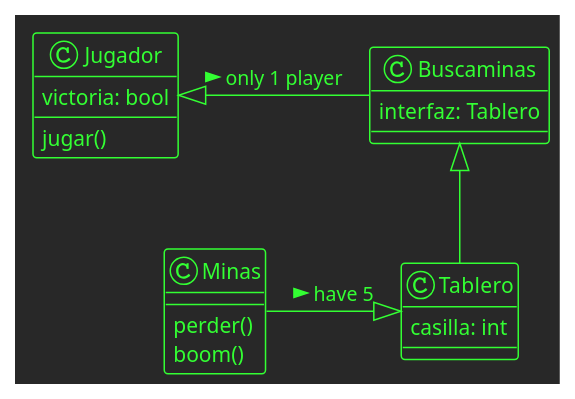
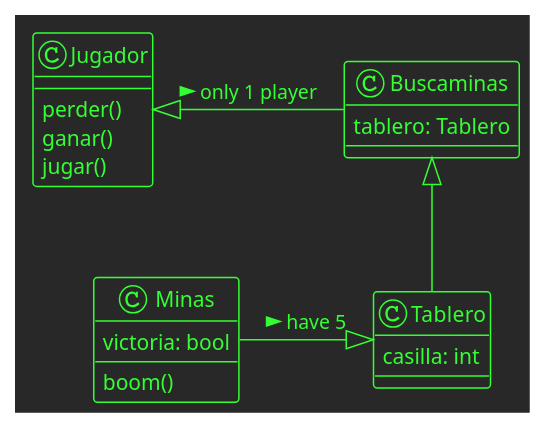
The diagram in MyUML.puml (AbelardoOchoa/FirstExamOOP), drawn with PlantUML before and after one commit. The commit also changed 4 other files, not shown here.

```diff
--- a/MyUML.puml
+++ b/MyUML.puml
@@ -1,20 +1,21 @@
 @startuml OOP
 !theme crt-green
 class Buscaminas{
-interfaz: Tablero
+tablero: Tablero
 }
 class Tablero{
 casilla: int 
 }
 class Minas{
-perder()
+victoria: bool
 boom()
 }
 class Jugador{
-victoria: bool
+perder()
+ganar()
 jugar()
 }
 Minas -|> Tablero: have 5 >
 Buscaminas <|-- Tablero
 Jugador <|- Buscaminas: only 1 player >
 @enduml
```
